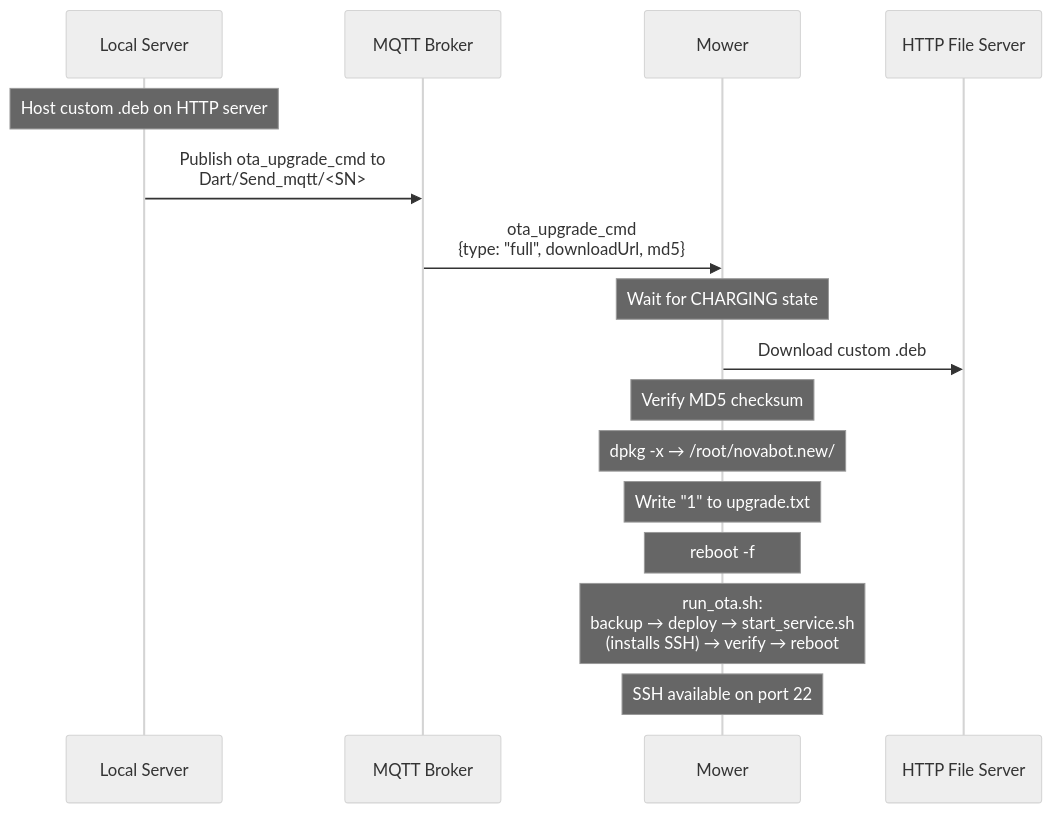
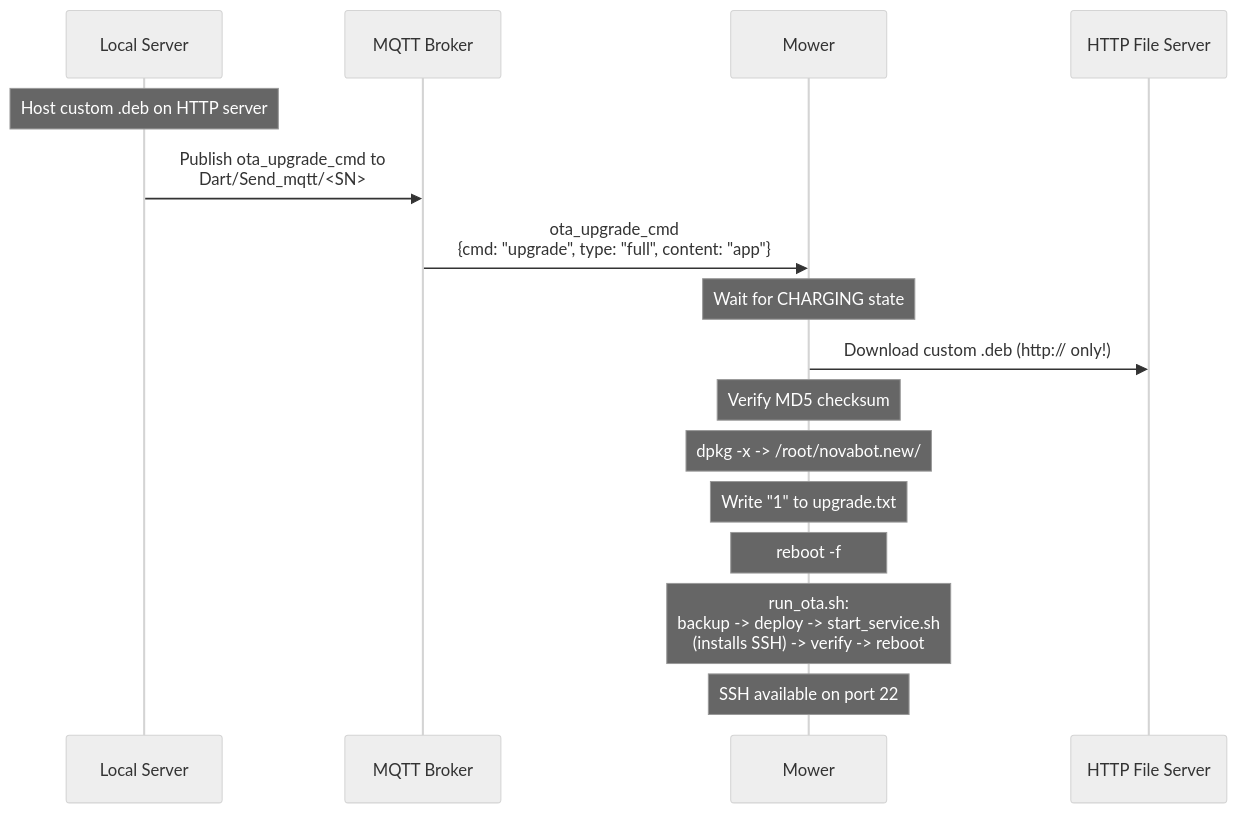
The second of 3 diagrams in docs-public/firmware/custom-firmware.md (rvbcrs/Novabot), drawn with Mermaid (neutral theme) before and after one commit. The commit also changed other lines of this file and 72 other files, not shown here.

````diff
--- a/docs-public/firmware/custom-firmware.md
+++ b/docs-public/firmware/custom-firmware.md
@@ -127,25 +180,25 @@
 ```mermaid
 sequenceDiagram
     participant Server as Local Server
     participant MQTT as MQTT Broker
     participant Mower
     participant HTTP as HTTP File Server
 
     Note over Server: Host custom .deb on HTTP server
 
     Server->>MQTT: Publish ota_upgrade_cmd to<br/>Dart/Send_mqtt/<SN>
-    MQTT->>Mower: ota_upgrade_cmd<br/>{type: "full", downloadUrl, md5}
+    MQTT->>Mower: ota_upgrade_cmd<br/>{cmd: "upgrade", type: "full", content: "app"}
 
     Note over Mower: Wait for CHARGING state
 
-    Mower->>HTTP: Download custom .deb
+    Mower->>HTTP: Download custom .deb (http:// only!)
     Note over Mower: Verify MD5 checksum
 
-    Note over Mower: dpkg -x → /root/novabot.new/
+    Note over Mower: dpkg -x -> /root/novabot.new/
     Note over Mower: Write "1" to upgrade.txt
     Note over Mower: reboot -f
 
-    Note over Mower: run_ota.sh:<br/>backup → deploy → start_service.sh<br/>(installs SSH) → verify → reboot
+    Note over Mower: run_ota.sh:<br/>backup -> deploy -> start_service.sh<br/>(installs SSH) -> verify -> reboot
 
     Note over Mower: SSH available on port 22
 ```
````
